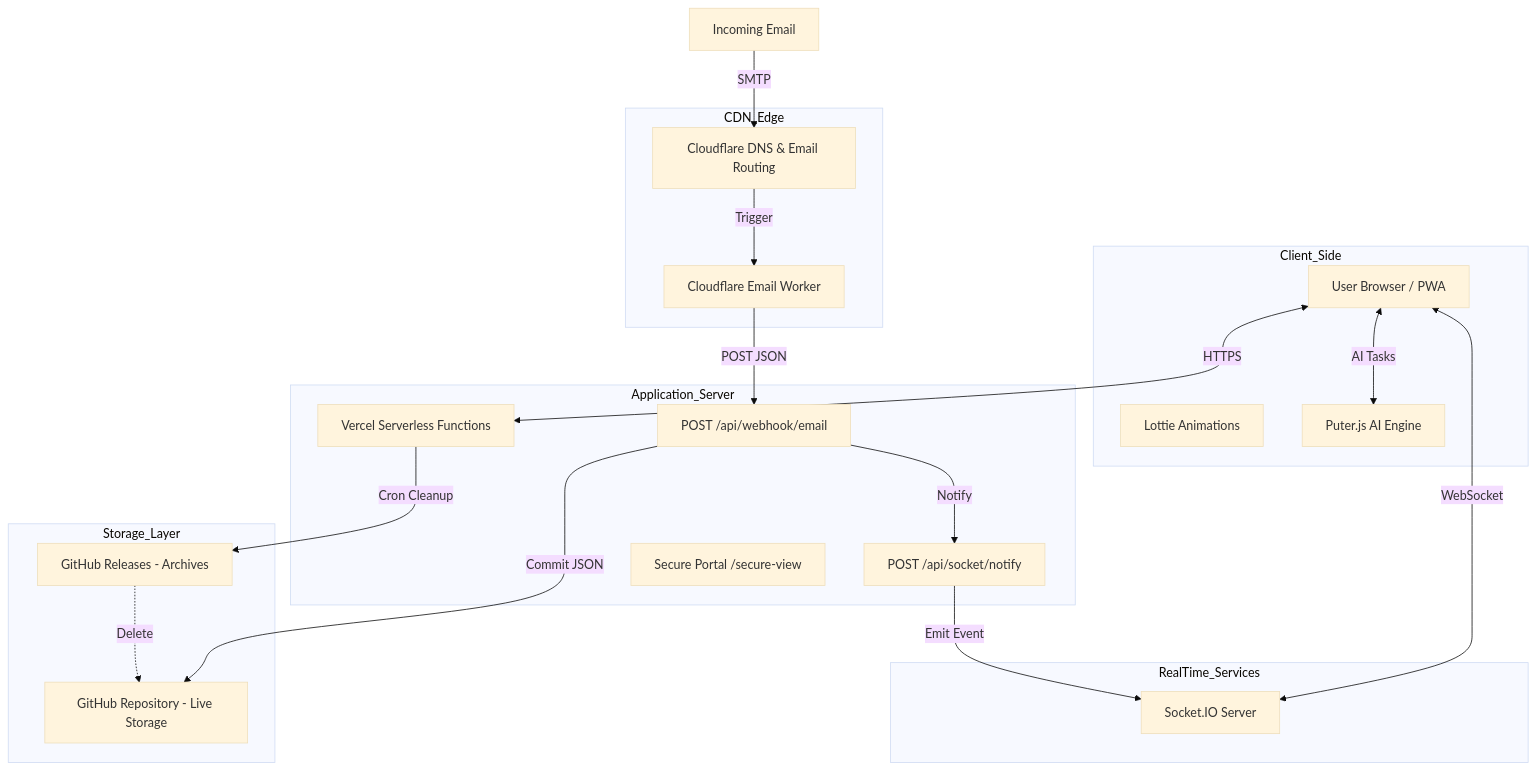
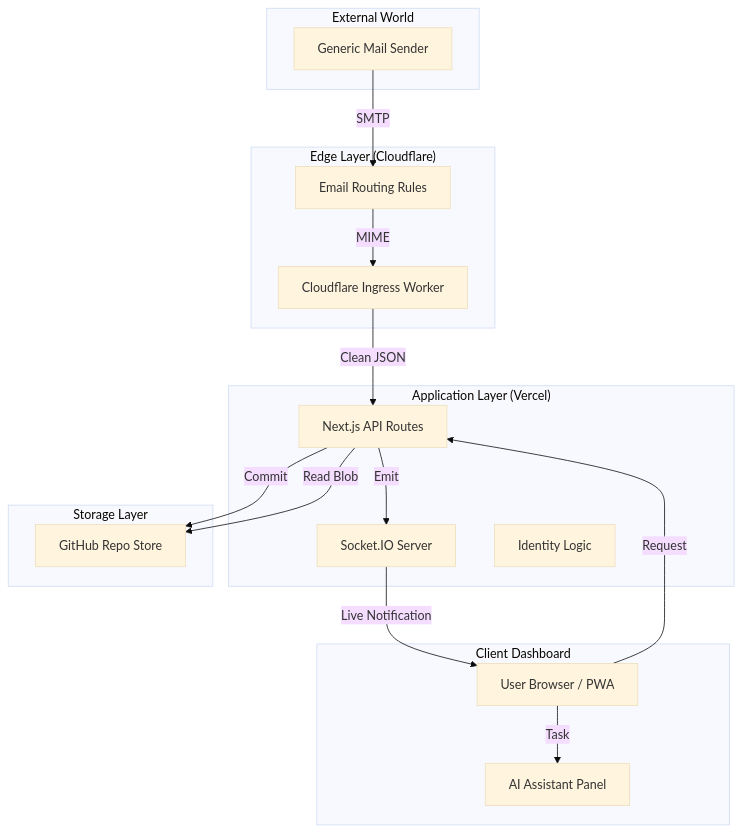
The diagram in ARCHITECTURE.md (cybe4sent1nel/mailcroc), drawn with Mermaid (base theme) before and after one commit. The commit also changed other lines of this file and 3 other files, not shown here.

Commit message:
feat: enhance architecture docs with diagram and refine notification sounds

````diff
--- a/ARCHITECTURE.md
+++ b/ARCHITECTURE.md
@@ -9,45 +12,39 @@
 ```mermaid
 graph TD
-    subgraph Client_Side
-        Browser[User Browser / PWA]
-        Lottie[Lottie Animations]
-        Puter_JS[Puter.js AI Engine]
+    subgraph "External World"
+        Sender[Generic Mail Sender]
     end
 
-    subgraph CDN_Edge
-        CF_DNS[Cloudflare DNS & Email Routing]
-        CF_Worker[Cloudflare Email Worker]
+    subgraph "Edge Layer (Cloudflare)"
+        CF_Worker[Cloudflare Ingress Worker]
+        SMTP_Route[Email Routing Rules]
     end
 
-    subgraph Application_Server
-        Vercel[Vercel Serverless Functions]
-        API_Webhook[POST /api/webhook/email]
-        API_Socket[POST /api/socket/notify]
-        Secure_Portal[Secure Portal /secure-view]
+    subgraph "Application Layer (Vercel)"
+        Next_API[Next.js API Routes]
+        SocketIO[Socket.IO Server]
+        Auth[Identity Logic]
     end
 
-    subgraph RealTime_Services
-        SocketServer[Socket.IO Server]
+    subgraph "Storage Layer"
+        GitHub_DB[GitHub Repo Store]
     end
 
-    subgraph Storage_Layer
-        GitHub_Repo[GitHub Repository - Live Storage]
-        GitHub_Releases[GitHub Releases - Archives]
+    subgraph "Client Dashboard"
+        Browser[User Browser / PWA]
+        AI_Draft[AI Assistant Panel]
     end
 
-    %% Flows
-    Browser <-->|HTTPS| Vercel
-    Browser <-->|WebSocket| SocketServer
-    Browser <-->|AI Tasks| Puter_JS
-    
-    External_Email[Incoming Email] -->|SMTP| CF_DNS
-    CF_DNS -->|Trigger| CF_Worker
-    CF_Worker -->|POST JSON| API_Webhook
-    
-    API_Webhook -->|Commit JSON| GitHub_Repo
-    API_Webhook -->|Notify| API_Socket
-    API_Socket -->|Emit Event| SocketServer
+    %% Email Path
+    Sender -->|SMTP| SMTP_Route
+    SMTP_Route -->|MIME| CF_Worker
+    CF_Worker -->|Clean JSON| Next_API
+    Next_API -->|Commit| GitHub_DB
+    Next_API -->|Emit| SocketIO
+    SocketIO -->|Live Notification| Browser
 
-    Vercel -->|Cron Cleanup| GitHub_Releases
-    GitHub_Releases -.->|Delete| GitHub_Repo
+    %% User Path
+    Browser -->|Request| Next_API
+    Next_API -->|Read Blob| GitHub_DB
+    Browser -->|Task| AI_Draft
 ```
````
